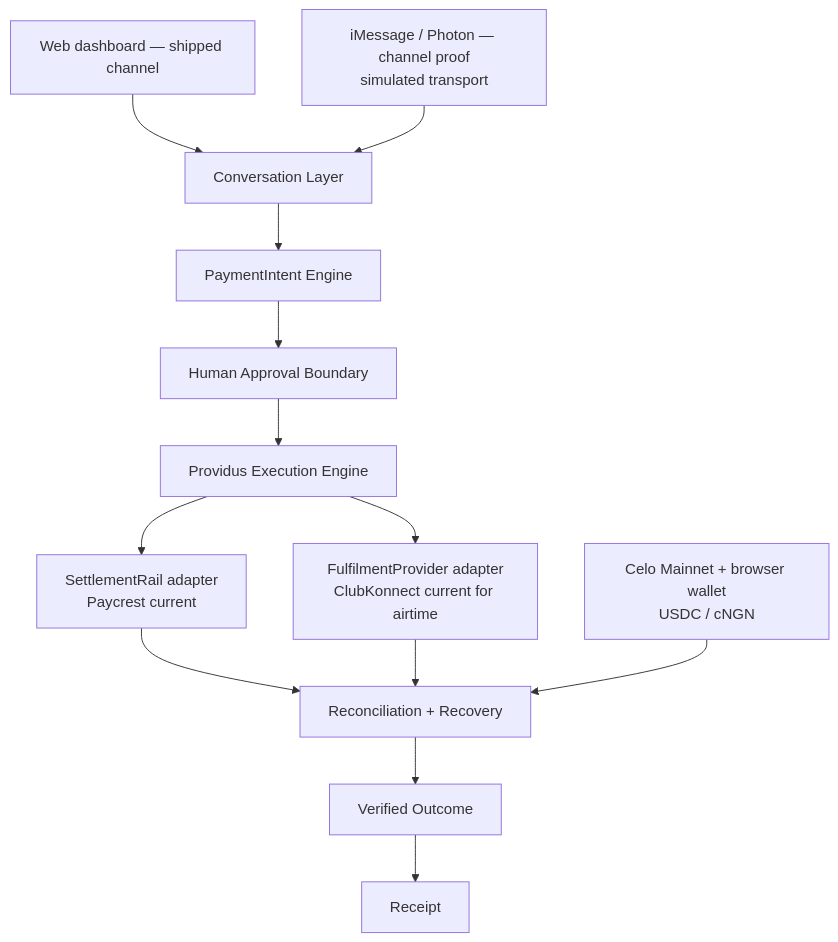
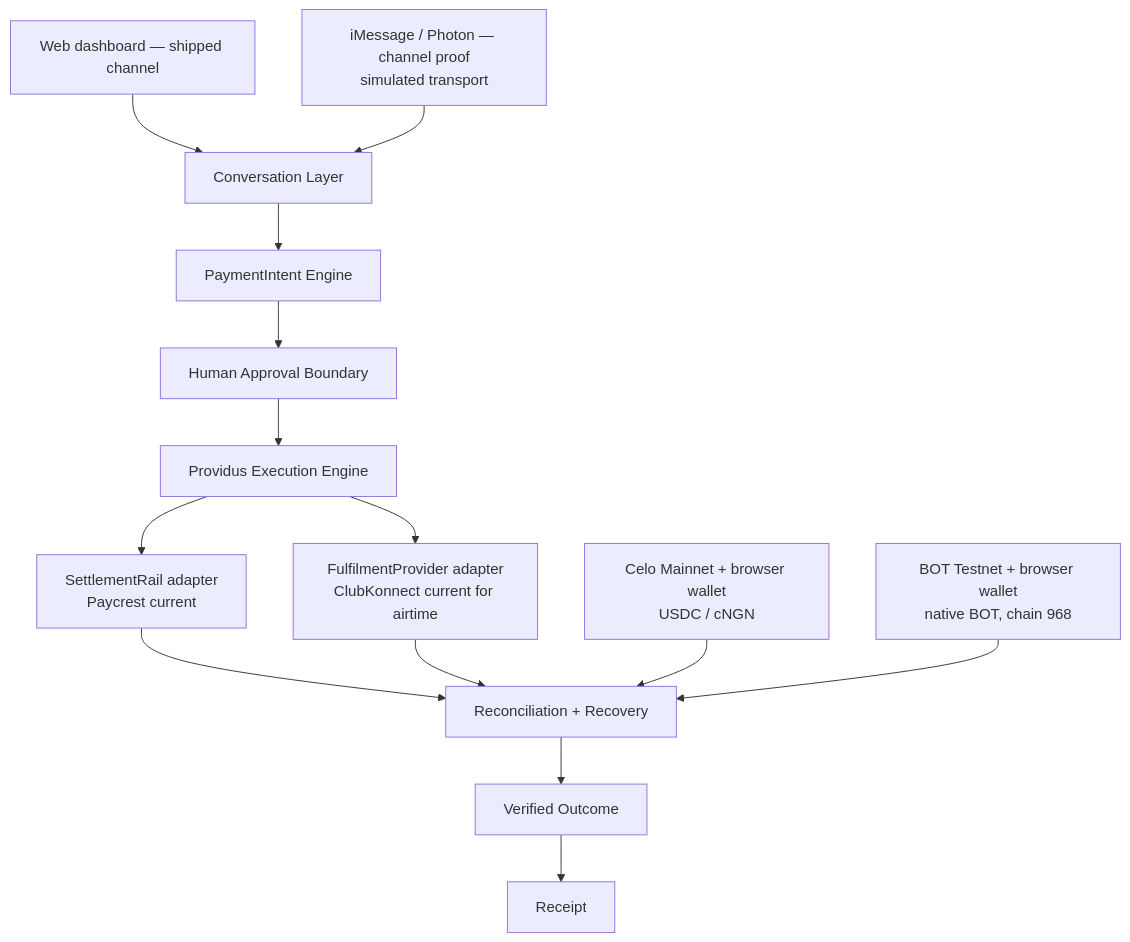
One commit to Devendurance/useprovidus changed the diagram in README.md. Above: the diagram before and after it, drawn with Mermaid. The commit also changed other lines of this file and 27 other files, not shown here.

Commit message:
feat: position Providus across Celo and BOT Chain

````diff
--- a/README.md
+++ b/README.md
@@ -154,15 +165,16 @@
 ```mermaid
 graph TD
     Web[Web dashboard — shipped channel] --> Conversation[Conversation Layer]
     iMsg[iMessage / Photon — channel proof<br/>simulated transport] --> Conversation
     Conversation --> Intent[PaymentIntent Engine]
     Intent --> Approval[Human Approval Boundary]
     Approval --> Execution[Providus Execution Engine]
     Execution --> Settlement[SettlementRail adapter<br/>Paycrest current]
     Execution --> Fulfilment[FulfilmentProvider adapter<br/>ClubKonnect current for airtime]
     Settlement --> Reconcile[Reconciliation + Recovery]
     Fulfilment --> Reconcile
     Celo[Celo Mainnet + browser wallet<br/>USDC / cNGN] --> Reconcile
+    BOT[BOT Testnet + browser wallet<br/>native BOT, chain 968] --> Reconcile
     Reconcile --> Outcome[Verified Outcome]
     Outcome --> Receipt[Receipt]
 ```
````
